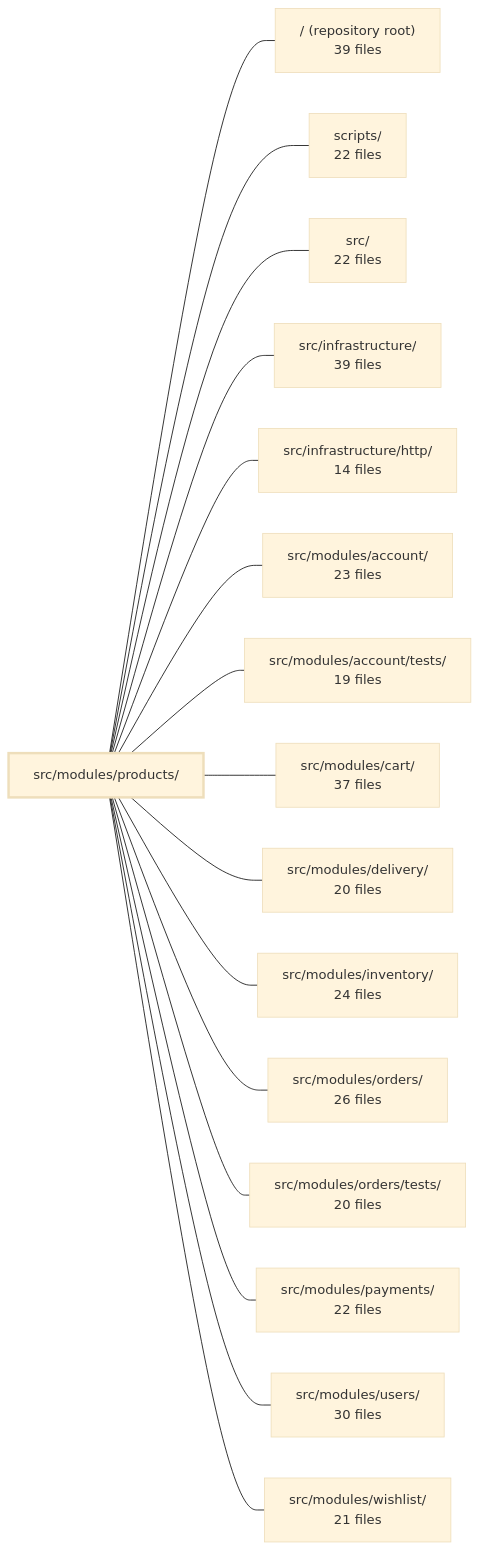
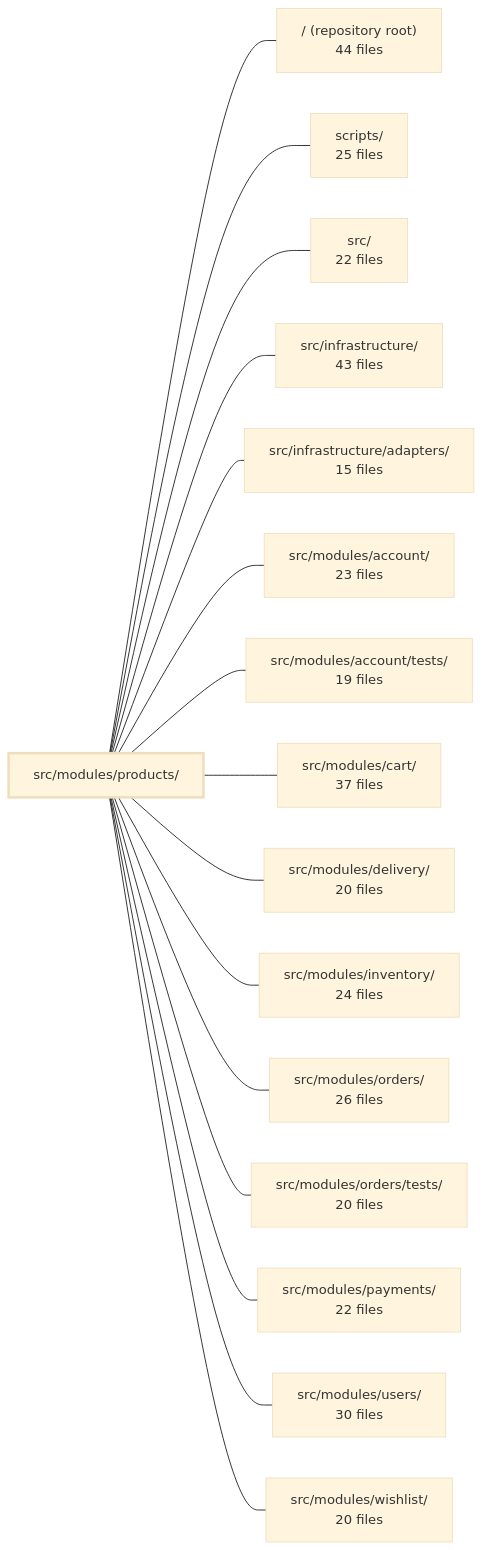
The diagram in .2repo/modules/boilerplate-node-backend_src_modules_products.md (Guebbit/boilerplate-node-backend), drawn with Mermaid (base theme) before and after one commit. The commit also changed other lines of this file and 625 other files, not shown here.

````diff
--- a/.2repo/modules/boilerplate-node-backend_src_modules_products.md
+++ b/.2repo/modules/boilerplate-node-backend_src_modules_products.md
@@ -46,35 +42,35 @@
 ```mermaid
 flowchart LR
     m_src_modules_products["src/modules/products/"]
-    m_root["/ (repository root)<br/>39 files"]
-    m_scripts["scripts/<br/>22 files"]
+    m_root["/ (repository root)<br/>44 files"]
+    m_scripts["scripts/<br/>25 files"]
     m_src["src/<br/>22 files"]
-    m_src_infrastructure["src/infrastructure/<br/>39 files"]
-    m_src_infrastructure_http["src/infrastructure/http/<br/>14 files"]
+    m_src_infrastructure["src/infrastructure/<br/>43 files"]
+    m_src_infrastructure_adapters["src/infrastructure/adapters/<br/>15 files"]
     m_src_modules_account["src/modules/account/<br/>23 files"]
     m_src_modules_account_tests["src/modules/account/tests/<br/>19 files"]
     m_src_modules_cart["src/modules/cart/<br/>37 files"]
     m_src_modules_delivery["src/modules/delivery/<br/>20 files"]
     m_src_modules_inventory["src/modules/inventory/<br/>24 files"]
     m_src_modules_orders["src/modules/orders/<br/>26 files"]
     m_src_modules_orders_tests["src/modules/orders/tests/<br/>20 files"]
     m_src_modules_payments["src/modules/payments/<br/>22 files"]
     m_src_modules_users["src/modules/users/<br/>30 files"]
-    m_src_modules_wishlist["src/modules/wishlist/<br/>21 files"]
+    m_src_modules_wishlist["src/modules/wishlist/<br/>20 files"]
     m_src_modules_products --- m_root
     m_src_modules_products --- m_scripts
     m_src_modules_products --- m_src
     m_src_modules_products --- m_src_infrastructure
-    m_src_modules_products --- m_src_infrastructure_http
+    m_src_modules_products --- m_src_infrastructure_adapters
     m_src_modules_products --- m_src_modules_account
     m_src_modules_products --- m_src_modules_account_tests
     m_src_modules_products --- m_src_modules_cart
     m_src_modules_products --- m_src_modules_delivery
     m_src_modules_products --- m_src_modules_inventory
     m_src_modules_products --- m_src_modules_orders
     m_src_modules_products --- m_src_modules_orders_tests
     m_src_modules_products --- m_src_modules_payments
     m_src_modules_products --- m_src_modules_users
     m_src_modules_products --- m_src_modules_wishlist
     style m_src_modules_products stroke-width:3px
 ```
````
